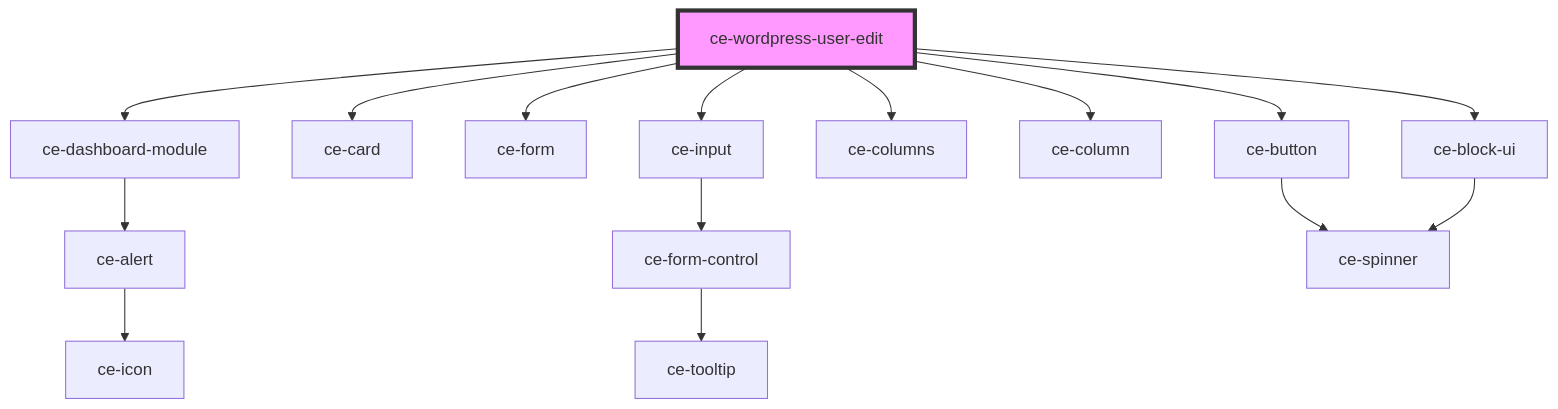
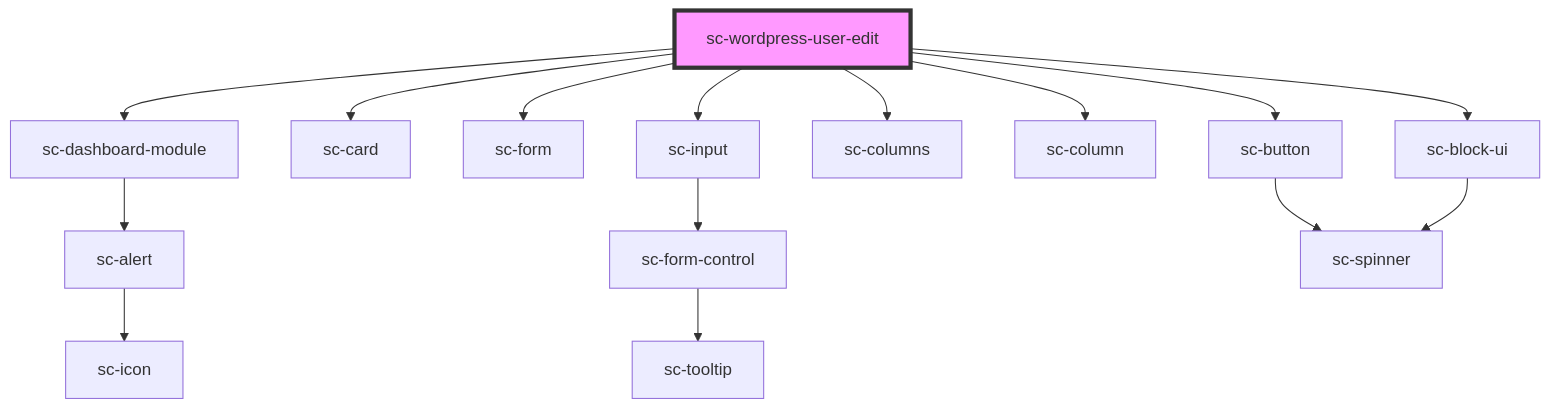
Before and after one commit to surecart/surecart-wp-plugin: the diagram in packages/components/src/components/controllers/dashboard/wordpress-user-edit/readme.md, drawn with Mermaid. The commit also changed other lines of this file and 1281 other files, not shown here.

````diff
--- a/packages/components/src/components/controllers/dashboard/wordpress-user-edit/readme.md
+++ b/packages/components/src/components/controllers/dashboard/wordpress-user-edit/readme.md
@@ -31,18 +31,18 @@
 ```mermaid
 graph TD;
-  ce-wordpress-user-edit --> ce-dashboard-module
-  ce-wordpress-user-edit --> ce-card
-  ce-wordpress-user-edit --> ce-form
-  ce-wordpress-user-edit --> ce-input
-  ce-wordpress-user-edit --> ce-columns
-  ce-wordpress-user-edit --> ce-column
-  ce-wordpress-user-edit --> ce-button
-  ce-wordpress-user-edit --> ce-block-ui
-  ce-dashboard-module --> ce-alert
-  ce-alert --> ce-icon
-  ce-input --> ce-form-control
-  ce-form-control --> ce-tooltip
-  ce-button --> ce-spinner
-  ce-block-ui --> ce-spinner
-  style ce-wordpress-user-edit fill:#f9f,stroke:#333,stroke-width:4px
+  sc-wordpress-user-edit --> sc-dashboard-module
+  sc-wordpress-user-edit --> sc-card
+  sc-wordpress-user-edit --> sc-form
+  sc-wordpress-user-edit --> sc-input
+  sc-wordpress-user-edit --> sc-columns
+  sc-wordpress-user-edit --> sc-column
+  sc-wordpress-user-edit --> sc-button
+  sc-wordpress-user-edit --> sc-block-ui
+  sc-dashboard-module --> sc-alert
+  sc-alert --> sc-icon
+  sc-input --> sc-form-control
+  sc-form-control --> sc-tooltip
+  sc-button --> sc-spinner
+  sc-block-ui --> sc-spinner
+  style sc-wordpress-user-edit fill:#f9f,stroke:#333,stroke-width:4px
 ```
````
